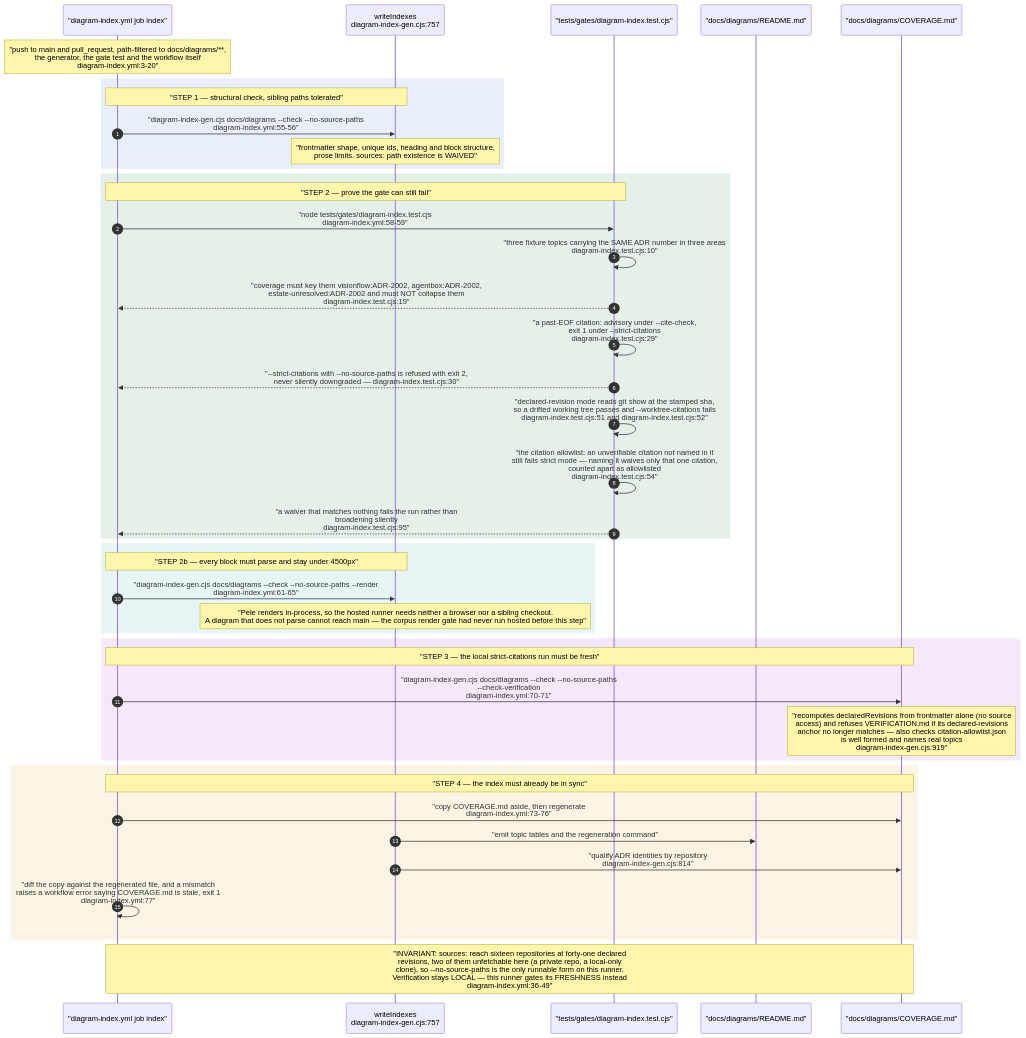
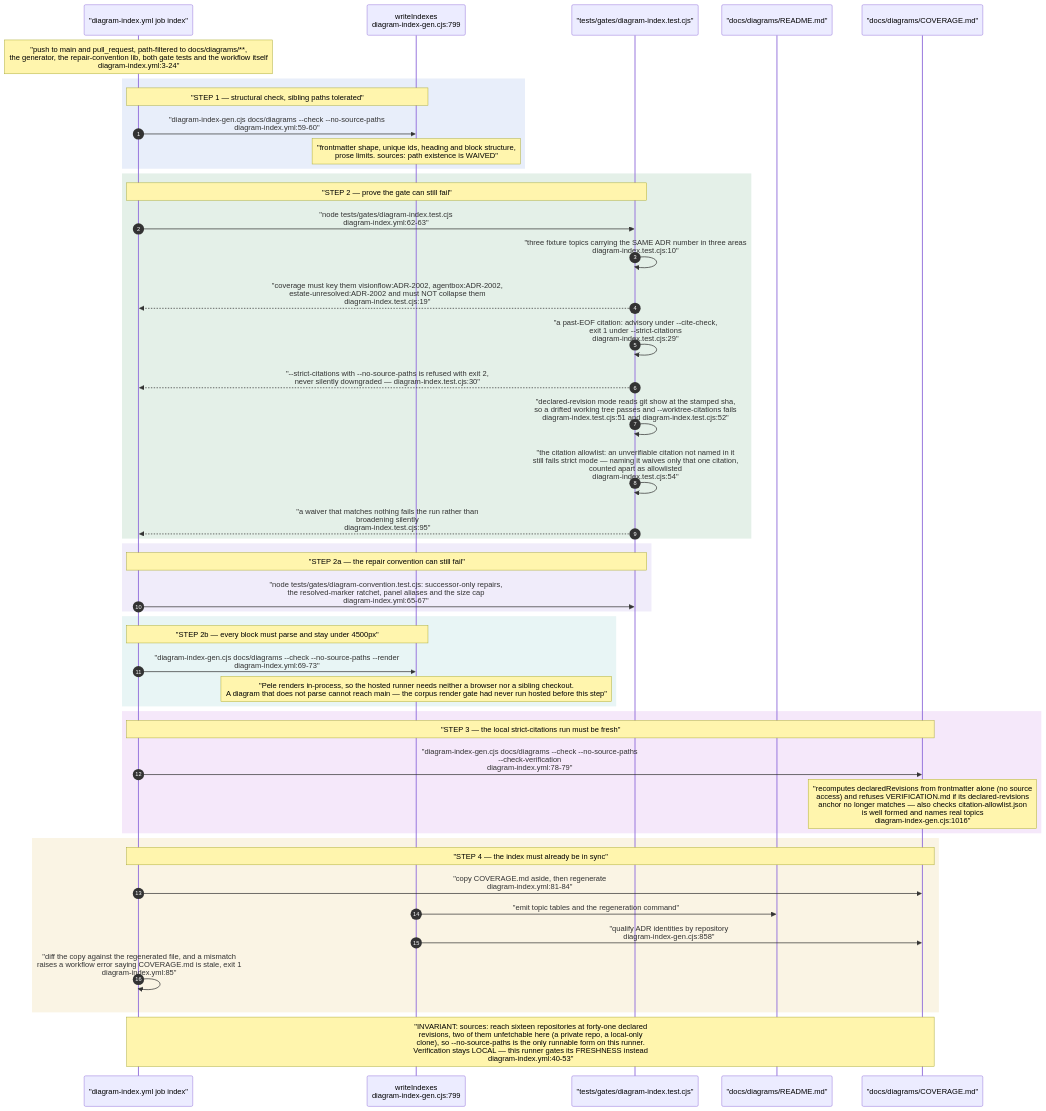
One commit to DreamLab-AI/VisionFlow changed diagram 12 of 16 in docs/diagrams/visionflow/06-diagram-tooling.md. Above: the diagram before and after it, drawn with Mermaid. The commit also changed other lines of this file and 2 other files, not shown here.

First line of the commit message:
docs(diagrams): visionflow pass B at VisionFlow dae9ac0 (PRs #43, #44, #45)

````diff
--- a/docs/diagrams/visionflow/06-diagram-tooling.md
+++ b/docs/diagrams/visionflow/06-diagram-tooling.md
@@ -363,51 +369,56 @@
 ```mermaid
 sequenceDiagram
     autonumber
     participant CI as "diagram-index.yml job index"
-    participant G as writeIndexes<br/>diagram-index-gen.cjs:757
+    participant G as writeIndexes<br/>diagram-index-gen.cjs:799
     participant T as "tests/gates/diagram-index.test.cjs"
     participant RM as "docs/diagrams/README.md"
     participant CV as "docs/diagrams/COVERAGE.md"
 
-    Note over CI: "push to main and pull_request, path-filtered to docs/diagrams/**,<br/>the generator, the gate test and the workflow itself<br/>diagram-index.yml:3-20"
+    Note over CI: "push to main and pull_request, path-filtered to docs/diagrams/**,<br/>the generator, the repair-convention lib, both gate tests and the workflow itself<br/>diagram-index.yml:3-24"
 
     rect rgb(232, 238, 250)
     Note over CI,G: "STEP 1 — structural check, sibling paths tolerated"
-    CI->>G: "diagram-index-gen.cjs docs/diagrams --check --no-source-paths<br/>diagram-index.yml:55-56"
+    CI->>G: "diagram-index-gen.cjs docs/diagrams --check --no-source-paths<br/>diagram-index.yml:59-60"
     Note over G: "frontmatter shape, unique ids, heading and block structure,<br/>prose limits. sources: path existence is WAIVED"
     end
 
     rect rgb(228, 240, 232)
     Note over CI,T: "STEP 2 — prove the gate can still fail"
-    CI->>T: "node tests/gates/diagram-index.test.cjs<br/>diagram-index.yml:58-59"
+    CI->>T: "node tests/gates/diagram-index.test.cjs<br/>diagram-index.yml:62-63"
     T->>T: "three fixture topics carrying the SAME ADR number in three areas<br/>diagram-index.test.cjs:10"
     T-->>CI: "coverage must key them visionflow:ADR-2002, agentbox:ADR-2002,<br/>estate-unresolved:ADR-2002 and must NOT collapse them<br/>diagram-index.test.cjs:19"
     T->>T: "a past-EOF citation: advisory under --cite-check,<br/>exit 1 under --strict-citations<br/>diagram-index.test.cjs:29"
     T-->>CI: "--strict-citations with --no-source-paths is refused with exit 2,<br/>never silently downgraded — diagram-index.test.cjs:30"
     T->>T: "declared-revision mode reads git show at the stamped sha,<br/>so a drifted working tree passes and --worktree-citations fails<br/>diagram-index.test.cjs:51 and diagram-index.test.cjs:52"
     T->>T: "the citation allowlist: an unverifiable citation not named in it<br/>still fails strict mode — naming it waives only that one citation,<br/>counted apart as allowlisted<br/>diagram-index.test.cjs:54"
     T-->>CI: "a waiver that matches nothing fails the run rather than<br/>broadening silently<br/>diagram-index.test.cjs:95"
     end
 
+    rect rgb(240, 236, 250)
+    Note over CI,T: "STEP 2a — the repair convention can still fail"
+    CI->>T: "node tests/gates/diagram-convention.test.cjs: successor-only repairs,<br/>the resolved-marker ratchet, panel aliases and the size cap<br/>diagram-index.yml:65-67"
+    end
+
     rect rgb(232, 245, 245)
     Note over CI,G: "STEP 2b — every block must parse and stay under 4500px"
-    CI->>G: "diagram-index-gen.cjs docs/diagrams --check --no-source-paths --render<br/>diagram-index.yml:61-65"
+    CI->>G: "diagram-index-gen.cjs docs/diagrams --check --no-source-paths --render<br/>diagram-index.yml:69-73"
     Note over G: "Pele renders in-process, so the hosted runner needs neither a browser nor a sibling checkout.<br/>A diagram that does not parse cannot reach main — the corpus render gate had never run hosted before this step"
     end
 
     rect rgb(245, 232, 250)
     Note over CI,CV: "STEP 3 — the local strict-citations run must be fresh"
-    CI->>CV: "diagram-index-gen.cjs docs/diagrams --check --no-source-paths<br/>--check-verification<br/>diagram-index.yml:70-71"
-    Note over CV: "recomputes declaredRevisions from frontmatter alone (no source<br/>access) and refuses VERIFICATION.md if its declared-revisions<br/>anchor no longer matches — also checks citation-allowlist.json<br/>is well formed and names real topics<br/>diagram-index-gen.cjs:919"
+    CI->>CV: "diagram-index-gen.cjs docs/diagrams --check --no-source-paths<br/>--check-verification<br/>diagram-index.yml:78-79"
+    Note over CV: "recomputes declaredRevisions from frontmatter alone (no source<br/>access) and refuses VERIFICATION.md if its declared-revisions<br/>anchor no longer matches — also checks citation-allowlist.json<br/>is well formed and names real topics<br/>diagram-index-gen.cjs:1016"
     end
 
     rect rgb(250, 244, 228)
     Note over CI,CV: "STEP 4 — the index must already be in sync"
-    CI->>CV: "copy COVERAGE.md aside, then regenerate<br/>diagram-index.yml:73-76"
+    CI->>CV: "copy COVERAGE.md aside, then regenerate<br/>diagram-index.yml:81-84"
     G->>RM: "emit topic tables and the regeneration command"
-    G->>CV: "qualify ADR identities by repository<br/>diagram-index-gen.cjs:814"
-    CI->>CI: "diff the copy against the regenerated file, and a mismatch<br/>raises a workflow error saying COVERAGE.md is stale, exit 1<br/>diagram-index.yml:77"
+    G->>CV: "qualify ADR identities by repository<br/>diagram-index-gen.cjs:858"
+    CI->>CI: "diff the copy against the regenerated file, and a mismatch<br/>raises a workflow error saying COVERAGE.md is stale, exit 1<br/>diagram-index.yml:85"
     end
 
-    Note over CI,CV: "INVARIANT: sources: reach sixteen repositories at forty-one declared<br/>revisions, two of them unfetchable here (a private repo, a local-only<br/>clone), so --no-source-paths is the only runnable form on this runner.<br/>Verification stays LOCAL — this runner gates its FRESHNESS instead<br/>diagram-index.yml:36-49"
+    Note over CI,CV: "INVARIANT: sources: reach sixteen repositories at forty-one declared<br/>revisions, two of them unfetchable here (a private repo, a local-only<br/>clone), so --no-source-paths is the only runnable form on this runner.<br/>Verification stays LOCAL — this runner gates its FRESHNESS instead<br/>diagram-index.yml:40-53"
 ```
````
